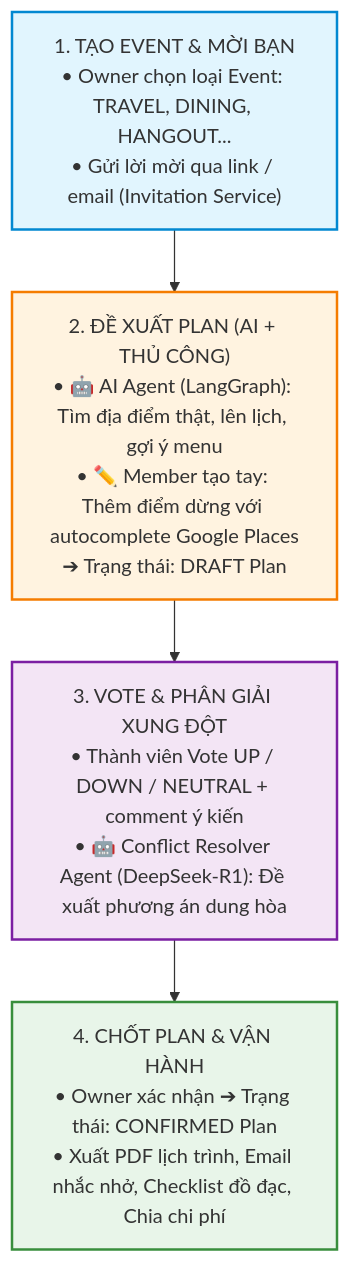
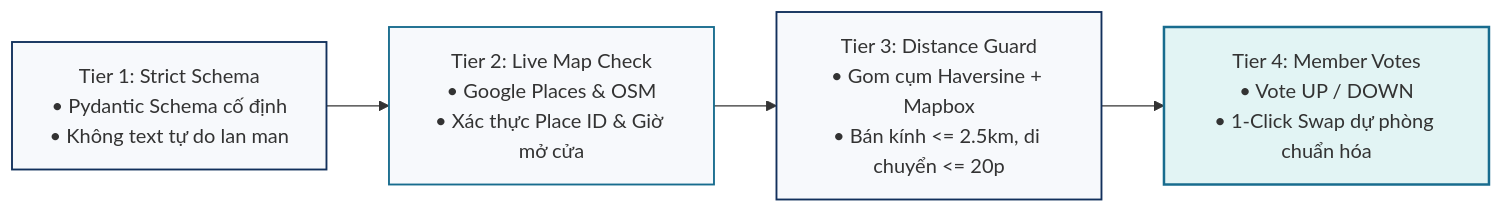
The second of 2 diagrams in docs/00-overview/project-overview.md (b4ck12/Group_Project), drawn with Mermaid before and after one commit. The commit also changed other lines of this file and 29 other files, not shown here.

````diff
--- a/docs/00-overview/project-overview.md
+++ b/docs/00-overview/project-overview.md
@@ -25,15 +87,11 @@
 ```mermaid
-graph TD
-    A["1. TẠO EVENT & MỜI BẠN<br/>• Owner chọn loại Event: TRAVEL, DINING, HANGOUT...<br/>• Gửi lời mời qua link / email (Invitation Service)"] --> B
+flowchart LR
+    T1["Tier 1: Strict Schema<br/>• Pydantic Schema cố định<br/>• Không text tự do lan man"] --> T2["Tier 2: Live Map Check<br/>• Google Places & OSM<br/>• Xác thực Place ID & Giờ mở cửa"]
+    T2 --> T3["Tier 3: Distance Guard<br/>• Gom cụm Haversine + Mapbox<br/>• Bán kính <= 2.5km, di chuyển <= 20p"]
+    T3 --> T4["Tier 4: Member Votes<br/>• Vote UP / DOWN<br/>• 1-Click Swap dự phòng chuẩn hóa"]
 
-    B["2. ĐỀ XUẤT PLAN (AI + THỦ CÔNG)<br/>• 🤖 AI Agent (LangGraph): Tìm địa điểm thật, lên lịch, gợi ý menu<br/>• ✏️ Member tạo tay: Thêm điểm dừng với autocomplete Google Places<br/>➔ Trạng thái: DRAFT Plan"] --> C
-
-    C["3. VOTE & PHÂN GIẢI XUNG ĐỘT<br/>• Thành viên Vote UP / DOWN / NEUTRAL + comment ý kiến<br/>• 🤖 Conflict Resolver Agent (DeepSeek-R1): Đề xuất phương án dung hòa"] --> D
-
-    D["4. CHỐT PLAN & VẬN HÀNH<br/>• Owner xác nhận ➔ Trạng thái: CONFIRMED Plan<br/>• Xuất PDF lịch trình, Email nhắc nhở, Checklist đồ đạc, Chia chi phí"]
-
-    style A fill:#e1f5fe,stroke:#0288d1,stroke-width:2px;
-    style B fill:#fff3e0,stroke:#f57c00,stroke-width:2px;
-    style C fill:#f3e5f5,stroke:#7b1fa2,stroke-width:2px;
-    style D fill:#e8f5e9,stroke:#388e3c,stroke-width:2px;
+    style T1 fill:#f7f9fc,stroke:#12305c,stroke-width:1.5px;
+    style T2 fill:#f7f9fc,stroke:#186c8e,stroke-width:1.5px;
+    style T3 fill:#f7f9fc,stroke:#12305c,stroke-width:1.5px;
+    style T4 fill:#e2f4f4,stroke:#186c8e,stroke-width:2px;
 ```
````
